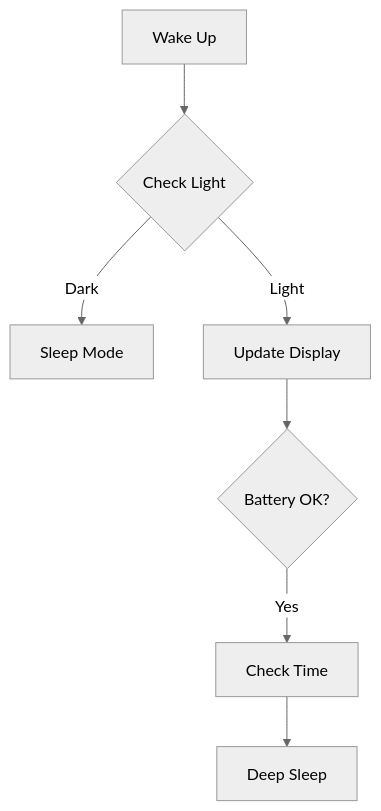
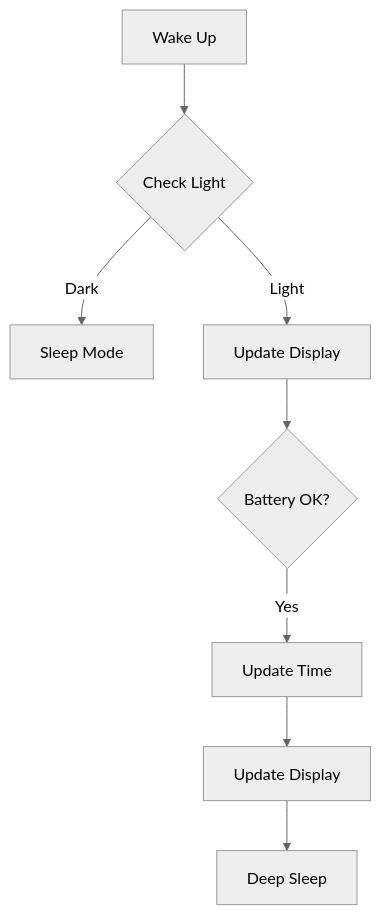
The diagram in README.md (desiFish/EPaper-Display-NTP-Clock), drawn with Mermaid (neutral theme) before and after one commit. The commit also changed other lines of this file and 14 other files, not shown here.

````diff
--- a/README.md
+++ b/README.md
@@ -141,9 +141,10 @@
 ```mermaid
 graph TD
     A[Wake Up] --> B{Check Light}
     B -->|Dark| C[Sleep Mode]
     B -->|Light| D[Update Display]
     D --> E{Battery OK?}
-    E -->|Yes| F[Check Time]
-    F --> G[Deep Sleep]
+    E -->|Yes| F[Update Time]
+    F --> G[Update Display]
+    G --> H[Deep Sleep]
 ```
````
